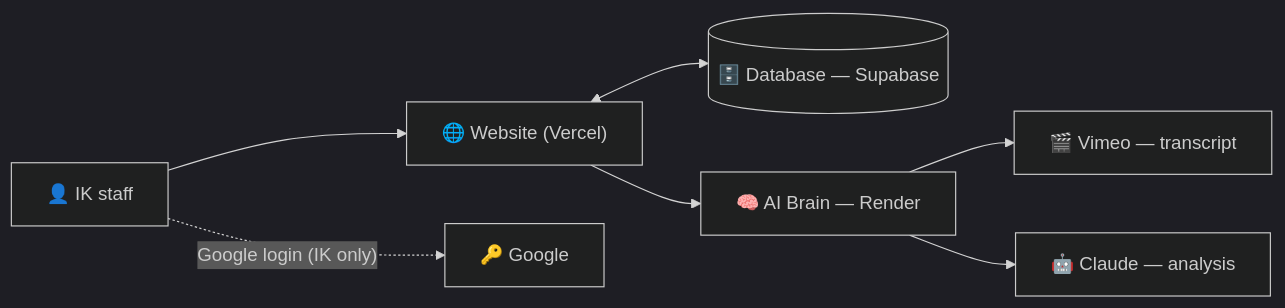
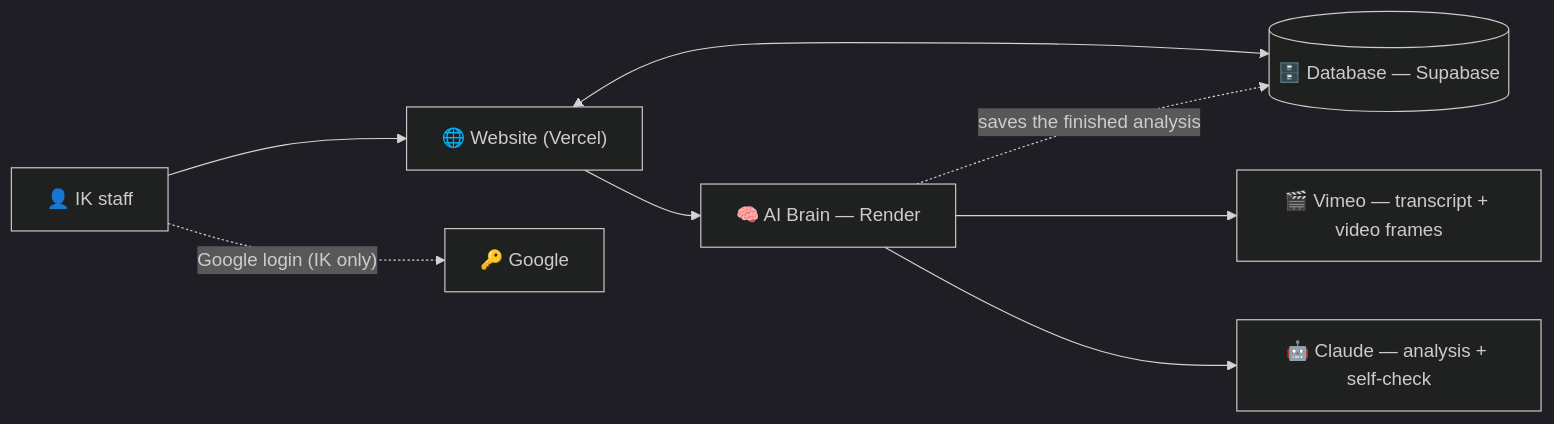
One commit to new-programs-ik/Feedback-Loop changed the diagram in README.md. Above: the diagram before and after it, drawn with Mermaid (dark theme). The commit also changed other lines of this file and 4 other files, not shown here.

````diff
--- a/README.md
+++ b/README.md
@@ -49,9 +63,10 @@
 ```mermaid
 flowchart LR
   U["👤 IK staff"] --> W["🌐 Website (Vercel)"]
   U -. Google login (IK only) .-> G["🔑 Google"]
   W <--> DB[("🗄️ Database — Supabase")]
   W --> AI["🧠 AI Brain — Render"]
-  AI --> V["🎬 Vimeo — transcript"]
-  AI --> C["🤖 Claude — analysis"]
+  AI --> V["🎬 Vimeo — transcript + video frames"]
+  AI --> C["🤖 Claude — analysis + self-check"]
+  AI -. saves the finished analysis .-> DB
 ```
````
